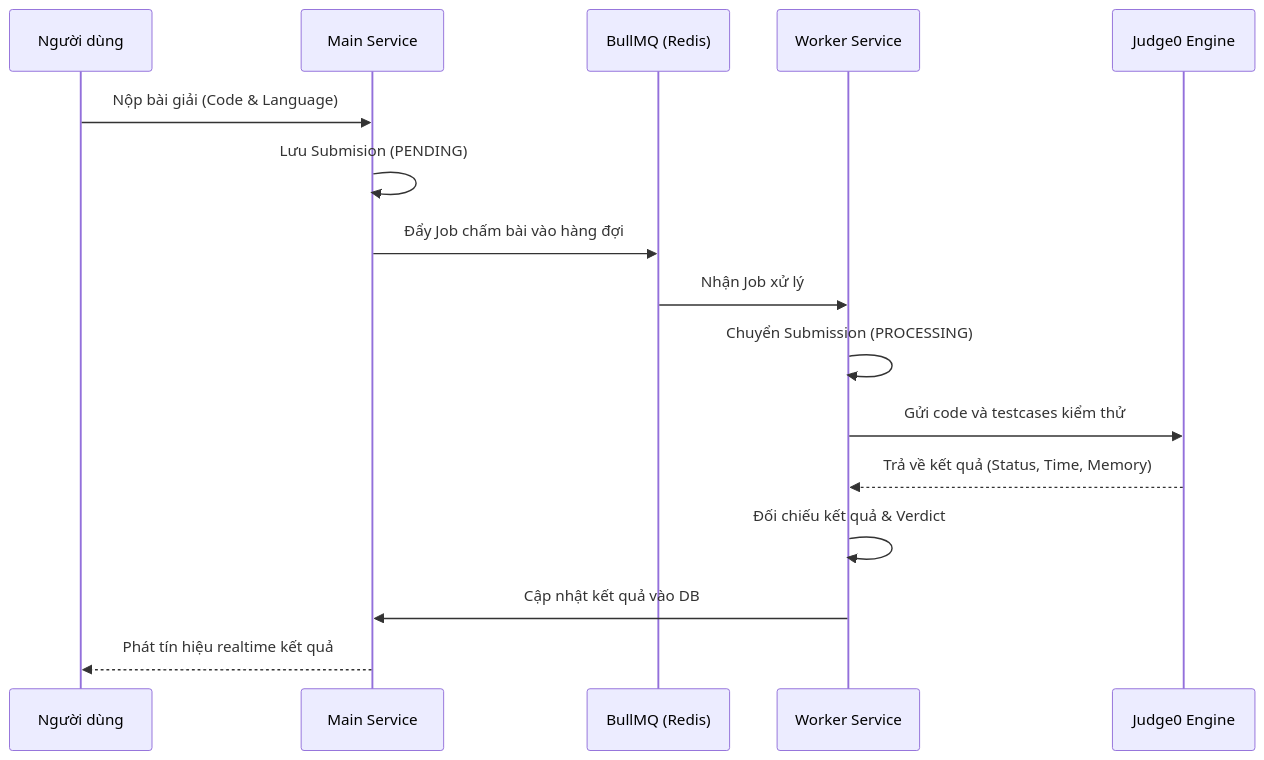
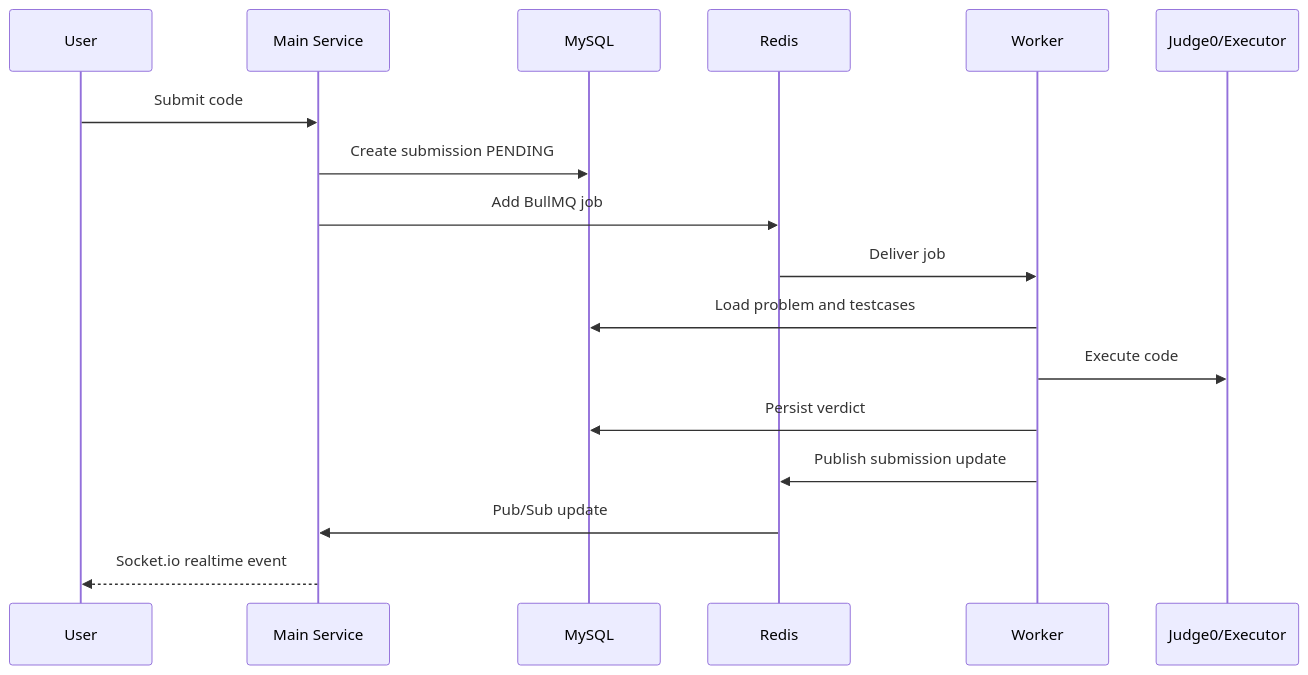
Before and after one commit to JamesHarrision/fessior-oj-backend: the diagram in README.md, drawn with Mermaid. The commit also changed other lines of this file and 15 other files, not shown here.

Commit message:
docs: document simplified mysql architecture

````diff
--- a/README.md
+++ b/README.md
@@ -54,19 +54,20 @@
 ```mermaid
 sequenceDiagram
-    participant User as Người dùng
+    participant User
     participant Main as Main Service
-    participant Queue as BullMQ (Redis)
-    participant Worker as Worker Service
-    participant Judge0 as Judge0 Engine
+    participant MySQL
+    participant Redis
+    participant Worker
+    participant Judge as Judge0/Executor
 
-    User->>Main: Nộp bài giải (Code & Language)
-    Main->>Main: Lưu Submision (PENDING)
-    Main->>Queue: Đẩy Job chấm bài vào hàng đợi
-    Queue->>Worker: Nhận Job xử lý
-    Worker->>Worker: Chuyển Submission (PROCESSING)
-    Worker->>Judge0: Gửi code và testcases kiểm thử
-    Judge0-->>Worker: Trả về kết quả (Status, Time, Memory)
-    Worker->>Worker: Đối chiếu kết quả & Verdict
-    Worker->>Main: Cập nhật kết quả vào DB
-    Main-->>User: Phát tín hiệu realtime kết quả
+    User->>Main: Submit code
+    Main->>MySQL: Create submission PENDING
+    Main->>Redis: Add BullMQ job
+    Redis->>Worker: Deliver job
+    Worker->>MySQL: Load problem and testcases
+    Worker->>Judge: Execute code
+    Worker->>MySQL: Persist verdict
+    Worker->>Redis: Publish submission update
+    Redis->>Main: Pub/Sub update
+    Main-->>User: Socket.io realtime event
 ```
````
